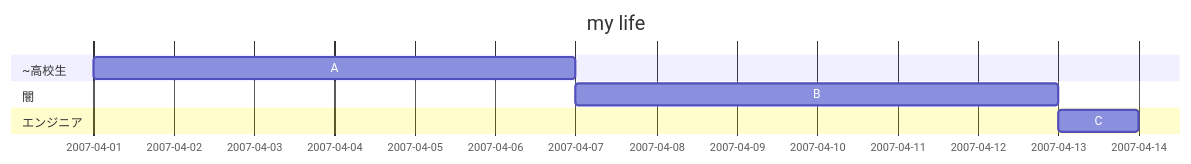
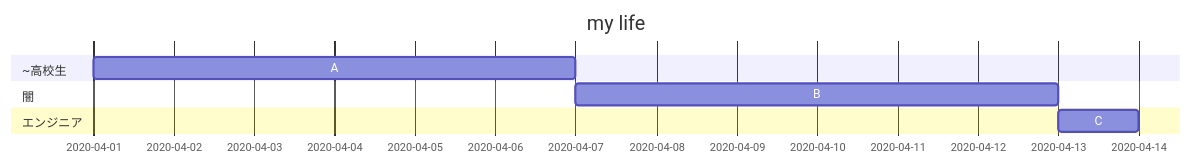
Before and after one commit to cocococoa/cocococoa.github.io: the third of 3 diagrams in _posts/2020-05-17-first-post.md, drawn with Mermaid. The commit also changed other lines of this file, not shown here.

````diff
--- a/_posts/2020-05-17-first-post.md
+++ b/_posts/2020-05-17-first-post.md
@@ -64,14 +67,14 @@
 ```mermaid
 gantt
     title my life
-    dateFormat YYYY-MM-DD
+    dateFormat MM-DD
 
     section ~高校生
-    A       :a1 ,2007-04-01 ,6d
+    A       :a1 ,04-01 ,6d
 
     section 闇
     B       :b1 ,after a1 ,6d
 
     section エンジニア
     C       :c1 ,after b1 ,1d
 ```
````
